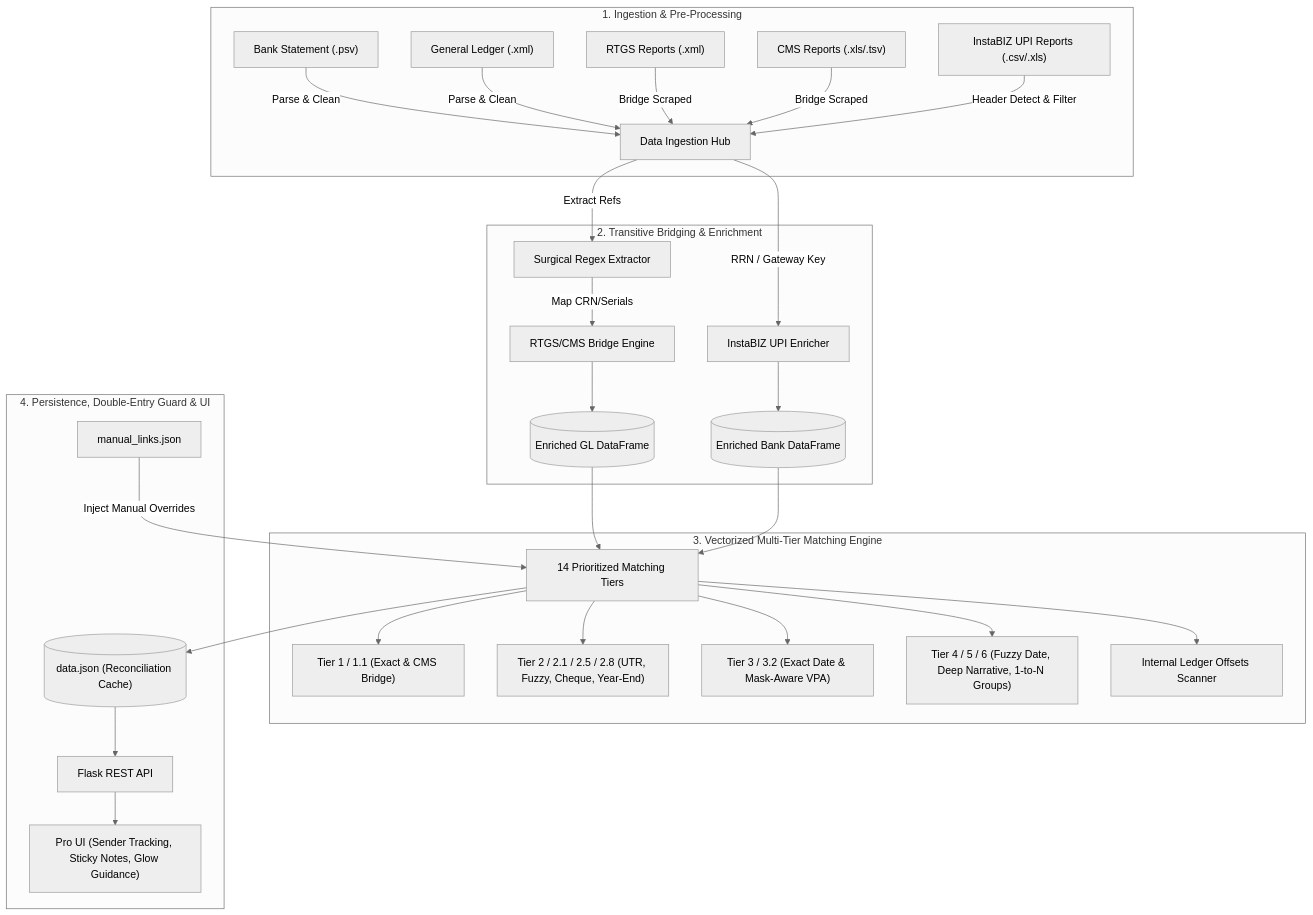
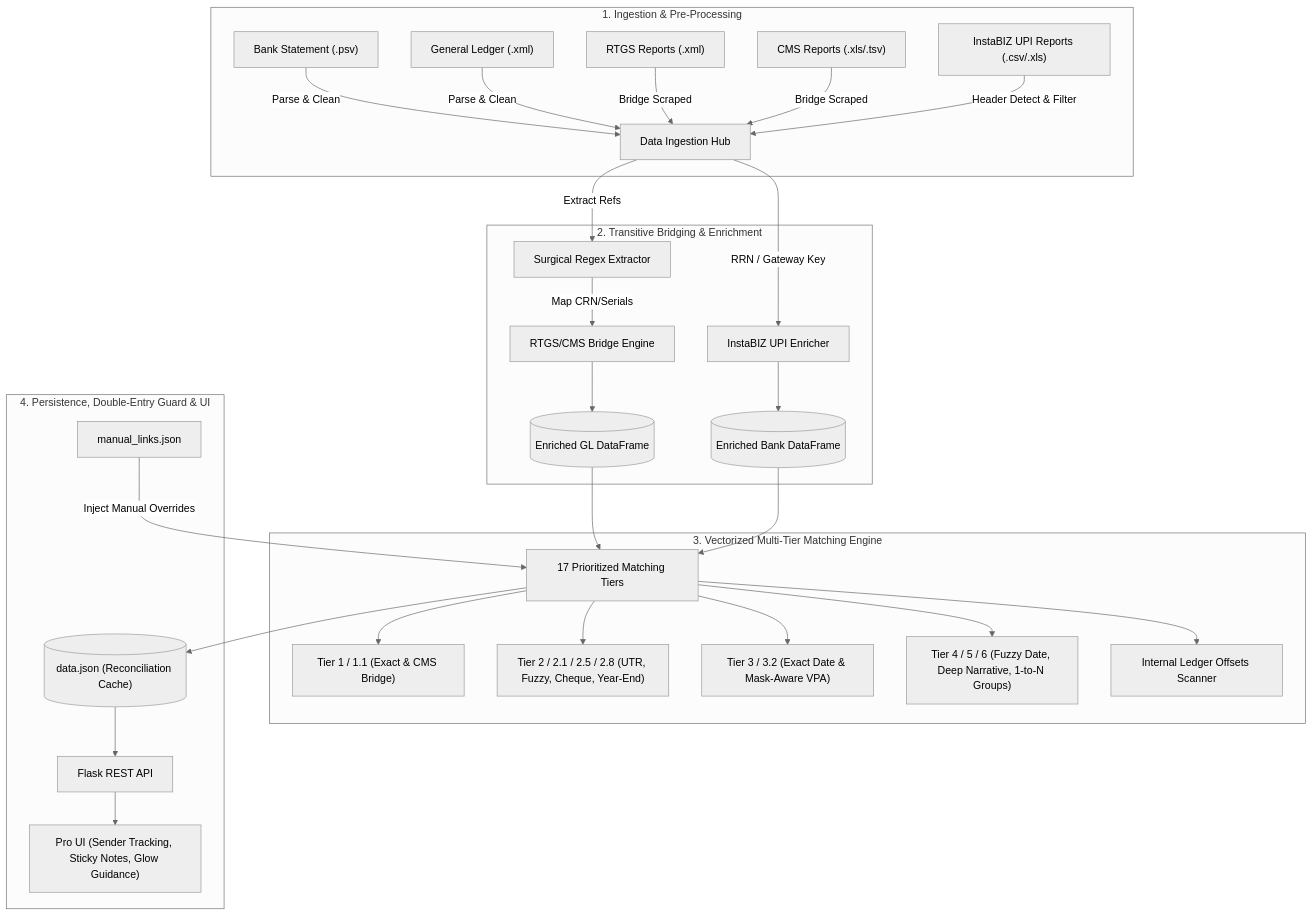
One commit to AkzXrated/ICICI-RECON-VSCB changed the diagram in reconciler.md. Above: the diagram before and after it, drawn with Mermaid (neutral theme). The commit also changed other lines of this file and 6 other files, not shown here.

````diff
--- a/reconciler.md
+++ b/reconciler.md
@@ -11,38 +11,38 @@
 ```mermaid
 flowchart TD
     %% Ingestion
     subgraph Ingestion ["1. Ingestion & Pre-Processing"]
         BS["Bank Statement (.psv)"] -->|Parse & Clean| INGEST["Data Ingestion Hub"]
         GL["General Ledger (.xml)"] -->|Parse & Clean| INGEST
         RTGS["RTGS Reports (.xml)"] -->|Bridge Scraped| INGEST
         CMS["CMS Reports (.xls/.tsv)"] -->|Bridge Scraped| INGEST
         UPI["InstaBIZ UPI Reports (.csv/.xls)"] -->|Header Detect & Filter| INGEST
     end
 
     %% Bridging & Enrichment
     subgraph Bridging ["2. Transitive Bridging & Enrichment"]
         INGEST -->|Extract Refs| EXT["Surgical Regex Extractor"]
         EXT -->|Map CRN/Serials| BRIDGE["RTGS/CMS Bridge Engine"]
         INGEST -->|RRN / Gateway Key| UPI_ENRICH["InstaBIZ UPI Enricher"]
         BRIDGE --> GL_ENRICHED[("Enriched GL DataFrame")]
         UPI_ENRICH --> BANK_ENRICHED[("Enriched Bank DataFrame")]
     end
 
     %% Matching Engine
     subgraph Engine ["3. Vectorized Multi-Tier Matching Engine"]
-        GL_ENRICHED & BANK_ENRICHED --> TIERS["14 Prioritized Matching Tiers"]
+        GL_ENRICHED & BANK_ENRICHED --> TIERS["17 Prioritized Matching Tiers"]
         TIERS --> T1["Tier 1 / 1.1 (Exact & CMS Bridge)"]
         TIERS --> T2["Tier 2 / 2.1 / 2.5 / 2.8 (UTR, Fuzzy, Cheque, Year-End)"]
         TIERS --> T3["Tier 3 / 3.2 (Exact Date & Mask-Aware VPA)"]
         TIERS --> T4["Tier 4 / 5 / 6 (Fuzzy Date, Deep Narrative, 1-to-N Groups)"]
         TIERS --> OFFSETS["Internal Ledger Offsets Scanner"]
     end
 
     %% Persistence & UI
     subgraph Persistence ["4. Persistence, Double-Entry Guard & UI"]
         TIERS --> OUT[("data.json (Reconciliation Cache)")]
         ML["manual_links.json"] -->|Inject Manual Overrides| TIERS
         OUT --> API["Flask REST API"]
         API --> UI["Pro UI (Sender Tracking, Sticky Notes, Glow Guidance)"]
     end
 ```
````
